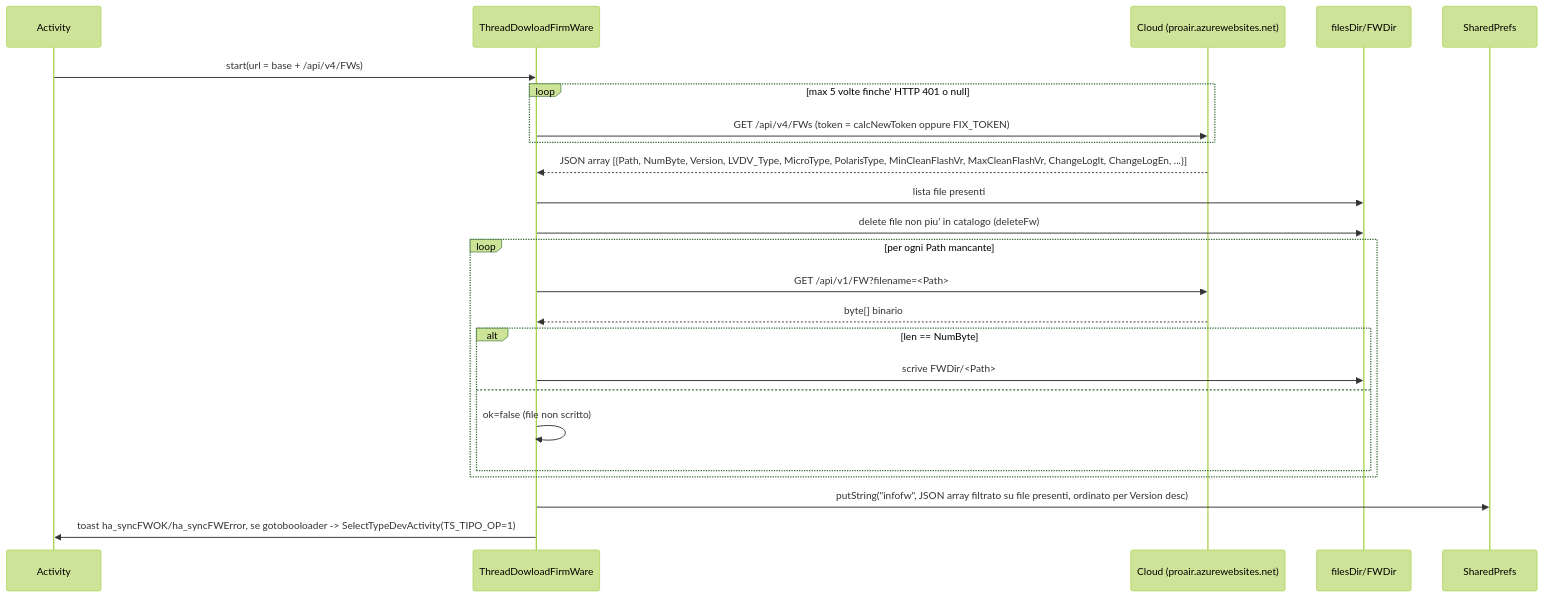
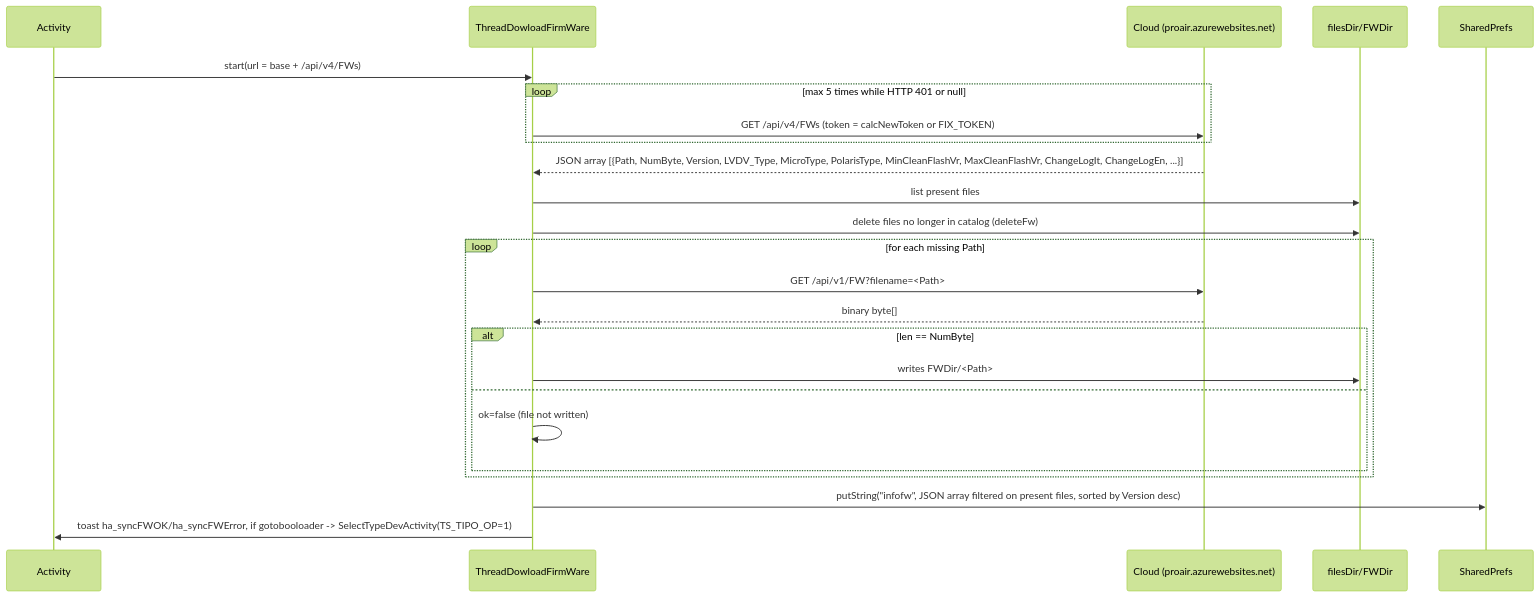
Before and after one commit to VoidElle/open-pico-local-api: the first of 3 diagrams in docs/app-flows/04-firmware-ota.md, drawn with Mermaid (forest theme). The commit also changed other lines of this file and 5 other files, not shown here.

Commit message:
docs: Added app flows

````diff
--- a/docs/app-flows/04-firmware-ota.md
+++ b/docs/app-flows/04-firmware-ota.md
@@ -49,26 +49,26 @@
 ```mermaid
 sequenceDiagram
   participant UI as Activity
   participant T as ThreadDowloadFirmWare
   participant C as Cloud (proair.azurewebsites.net)
   participant FS as filesDir/FWDir
   participant P as SharedPrefs
   UI->>T: start(url = base + /api/v4/FWs)
-  loop max 5 volte finche' HTTP 401 o null
-    T->>C: GET /api/v4/FWs  (token = calcNewToken oppure FIX_TOKEN)
+  loop max 5 times while HTTP 401 or null
+    T->>C: GET /api/v4/FWs  (token = calcNewToken or FIX_TOKEN)
   end
   C-->>T: JSON array [{Path, NumByte, Version, LVDV_Type, MicroType, PolarisType, MinCleanFlashVr, MaxCleanFlashVr, ChangeLogIt, ChangeLogEn, ...}]
-  T->>FS: lista file presenti
-  T->>FS: delete file non piu' in catalogo (deleteFw)
-  loop per ogni Path mancante
+  T->>FS: list present files
+  T->>FS: delete files no longer in catalog (deleteFw)
+  loop for each missing Path
     T->>C: GET /api/v1/FW?filename=<Path>
-    C-->>T: byte[] binario
+    C-->>T: binary byte[]
     alt len == NumByte
-      T->>FS: scrive FWDir/<Path>
+      T->>FS: writes FWDir/<Path>
     else
-      T->>T: ok=false (file non scritto)
+      T->>T: ok=false (file not written)
     end
   end
-  T->>P: putString("infofw", JSON array filtrato su file presenti, ordinato per Version desc)
-  T->>UI: toast ha_syncFWOK/ha_syncFWError, se gotobooloader -> SelectTypeDevActivity(TS_TIPO_OP=1)
+  T->>P: putString("infofw", JSON array filtered on present files, sorted by Version desc)
+  T->>UI: toast ha_syncFWOK/ha_syncFWError, if gotobooloader -> SelectTypeDevActivity(TS_TIPO_OP=1)
 ```
````
